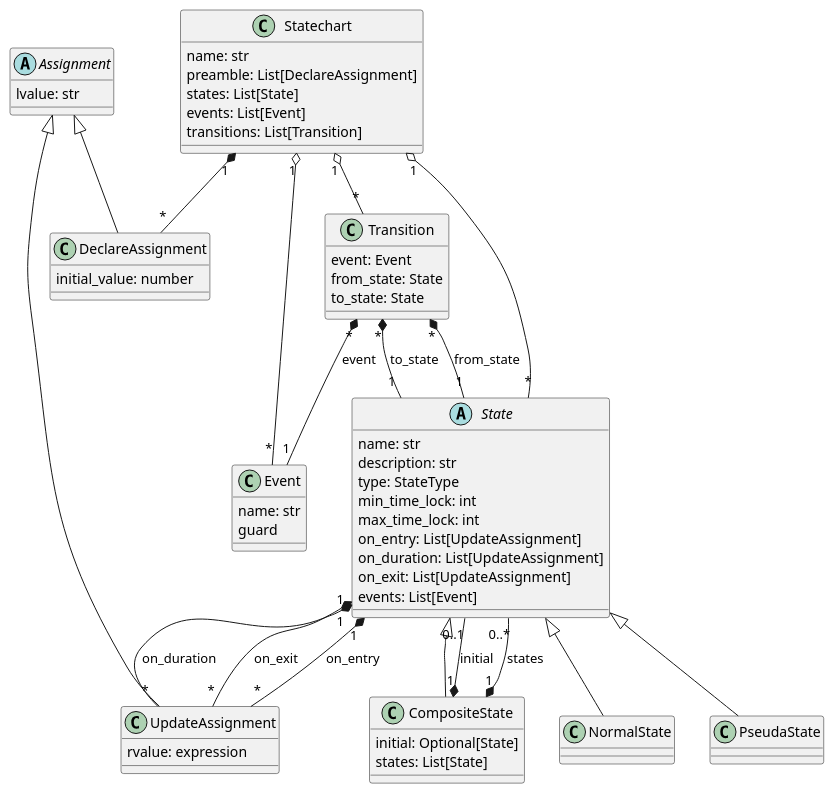
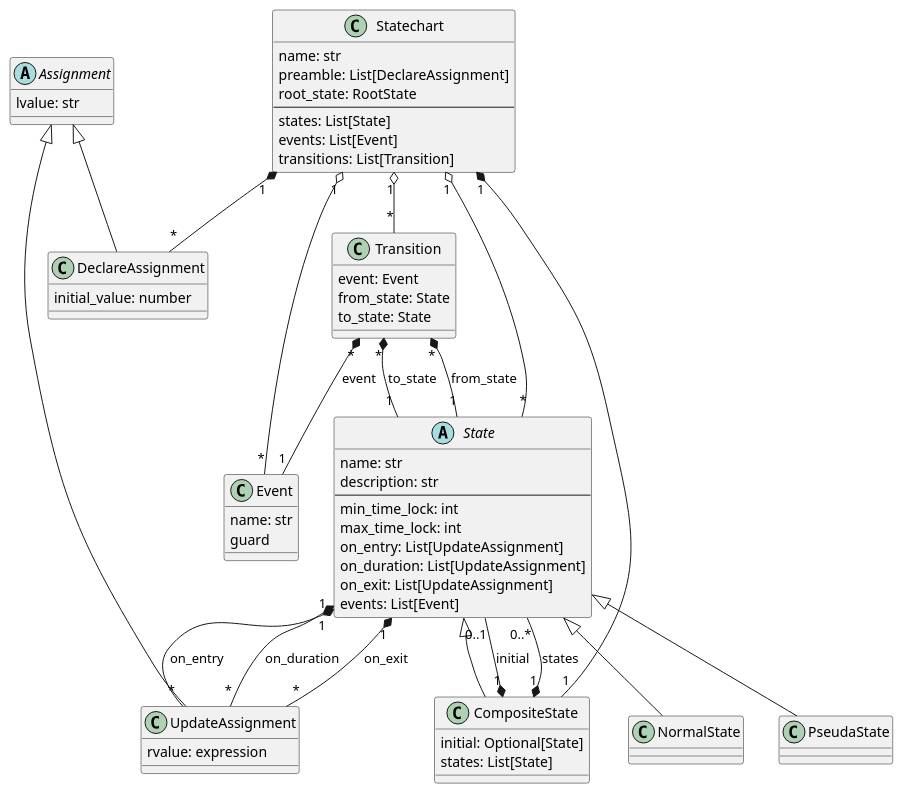
The diagram in docs/source/tutorials/quick_start/meta.puml (HansBug/pyfcstm), drawn with PlantUML before and after one commit. The commit also changed 3 other files, not shown here.

```diff
--- a/docs/source/tutorials/quick_start/meta.puml
+++ b/docs/source/tutorials/quick_start/meta.puml
@@ -1,83 +1,86 @@
 @startuml
 
 abstract class State {
     name: str
     description: str
-    type: StateType
+    ---
     min_time_lock: int
     max_time_lock: int
     on_entry: List[UpdateAssignment]
     on_duration: List[UpdateAssignment]
     on_exit: List[UpdateAssignment]
     events: List[Event]
 }
 
 State "1" *-- "*" UpdateAssignment: on_entry
 State "1" *-- "*" UpdateAssignment: on_duration
 State "1" *-- "*" UpdateAssignment: on_exit
 
 CompositeState -up-|> State
 
 class CompositeState {
     initial: Optional[State]
     states: List[State]
 }
 
 CompositeState "1" *-- "0..1" State : initial
 CompositeState "1" *-- "0..*" State : states
 
 NormalState -up-|> State
 
 class NormalState {
 }
 
 PseudaState -up-|> State
 
 class PseudaState {
 
 }
 
 class Event {
     name: str
     guard
 }
 
 class Transition {
     event: Event
     from_state: State
     to_state: State
 }
 Transition "*" *-- "1" State : from_state
 Transition "*" *-- "1" State : to_state
 Transition "*" *-- "1" Event : event
 
 class Statechart {
     name: str
     preamble: List[DeclareAssignment]
+    root_state: RootState
+    ---
     states: List[State]
     events: List[Event]
     transitions: List[Transition]
 }
 
 Statechart "1" *-- "*" DeclareAssignment
+Statechart "1" *-- "1" CompositeState
 Statechart "1" o-- "*" State
 Statechart "1" o-- "*" Event
 Statechart "1" o-- "*" Transition
 
 abstract class Assignment {
     lvalue: str
 }
 
 class DeclareAssignment {
     initial_value: number
 }
 
 DeclareAssignment -up-|> Assignment
 
 class UpdateAssignment {
     rvalue: expression
 }
 
 UpdateAssignment -up-|> Assignment
 
 @enduml
```
